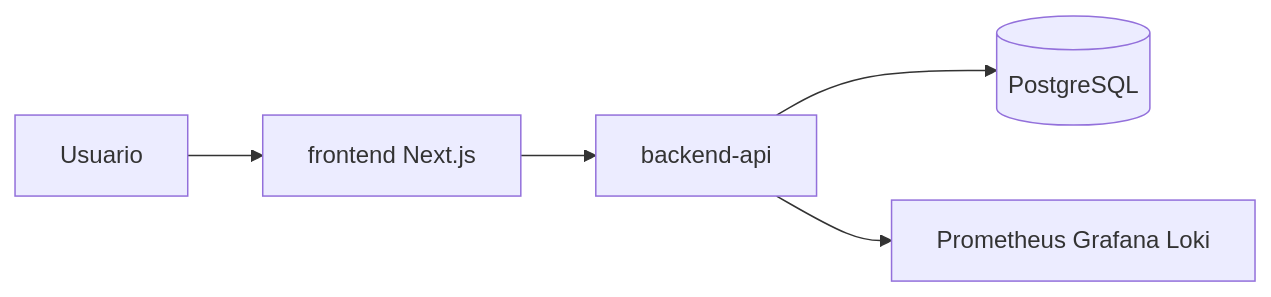
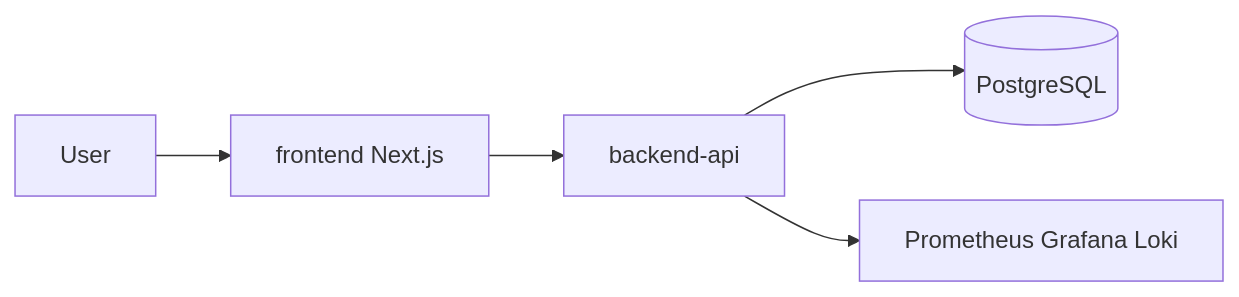
One commit to matiaspakua/notaire changed diagram 14 of 16 in docs/200-architecture/203-design/CICLO-DE-VIDA.md. Above: the diagram before and after it, drawn with Mermaid. The commit also changed other lines of this file and 52 other files, not shown here.

````diff
--- a/docs/200-architecture/203-design/CICLO-DE-VIDA.md
+++ b/docs/200-architecture/203-design/CICLO-DE-VIDA.md
@@ -450,7 +455,7 @@
 ```mermaid
 flowchart LR
-  usuario[Usuario] --> web[frontend Next.js]
+  user[User] --> web[frontend Next.js]
   web --> api[backend-api]
   api --> db[(PostgreSQL)]
   api --> obs[Prometheus Grafana Loki]
 ```
````
